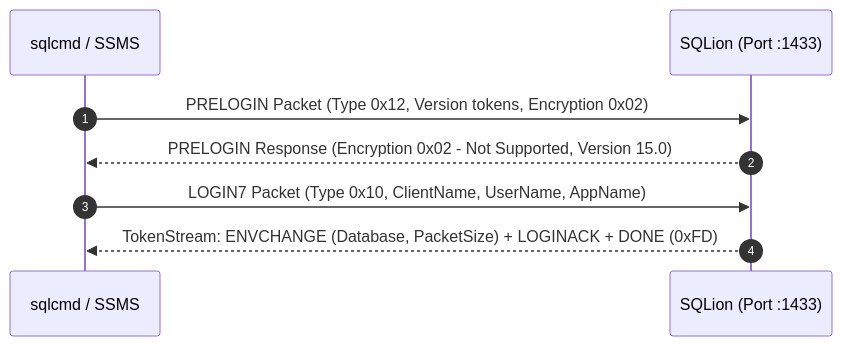
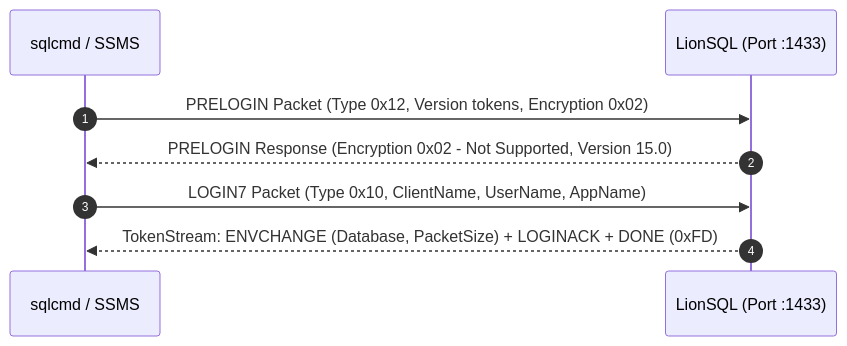
The second of 2 diagrams in doc/INTERNALS_WIRE_PROTOCOLS.md (MaroShim/LionSQL), drawn with Mermaid before and after one commit. The commit also changed other lines of this file and 47 other files, not shown here.

````diff
--- a/doc/INTERNALS_WIRE_PROTOCOLS.md
+++ b/doc/INTERNALS_WIRE_PROTOCOLS.md
@@ -123,11 +123,11 @@
 ```mermaid
 sequenceDiagram
     autonumber
     participant Client as sqlcmd / SSMS
-    participant Server as SQLion (Port :1433)
+    participant Server as LionSQL (Port :1433)
 
     Client->>Server: PRELOGIN Packet (Type 0x12, Version tokens, Encryption 0x02)
     Server-->>Client: PRELOGIN Response (Encryption 0x02 - Not Supported, Version 15.0)
     Client->>Server: LOGIN7 Packet (Type 0x10, ClientName, UserName, AppName)
     Server-->>Client: TokenStream: ENVCHANGE (Database, PacketSize) + LOGINACK + DONE (0xFD)
 ```
````
